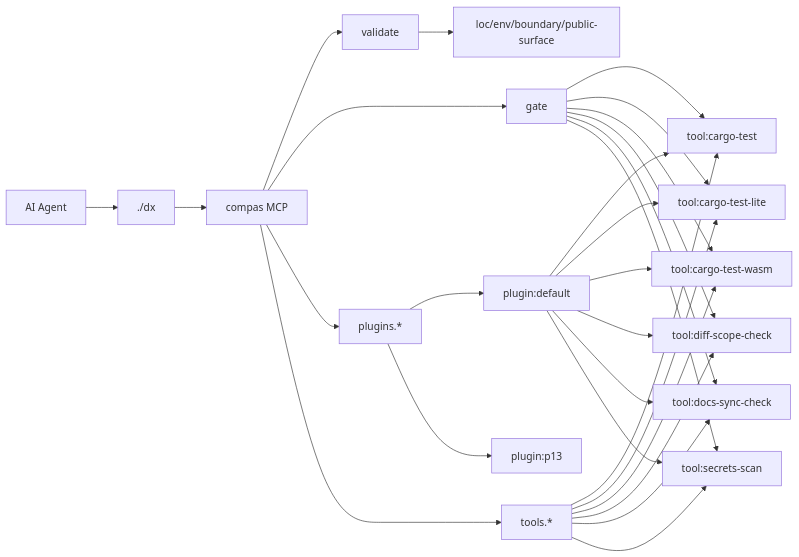
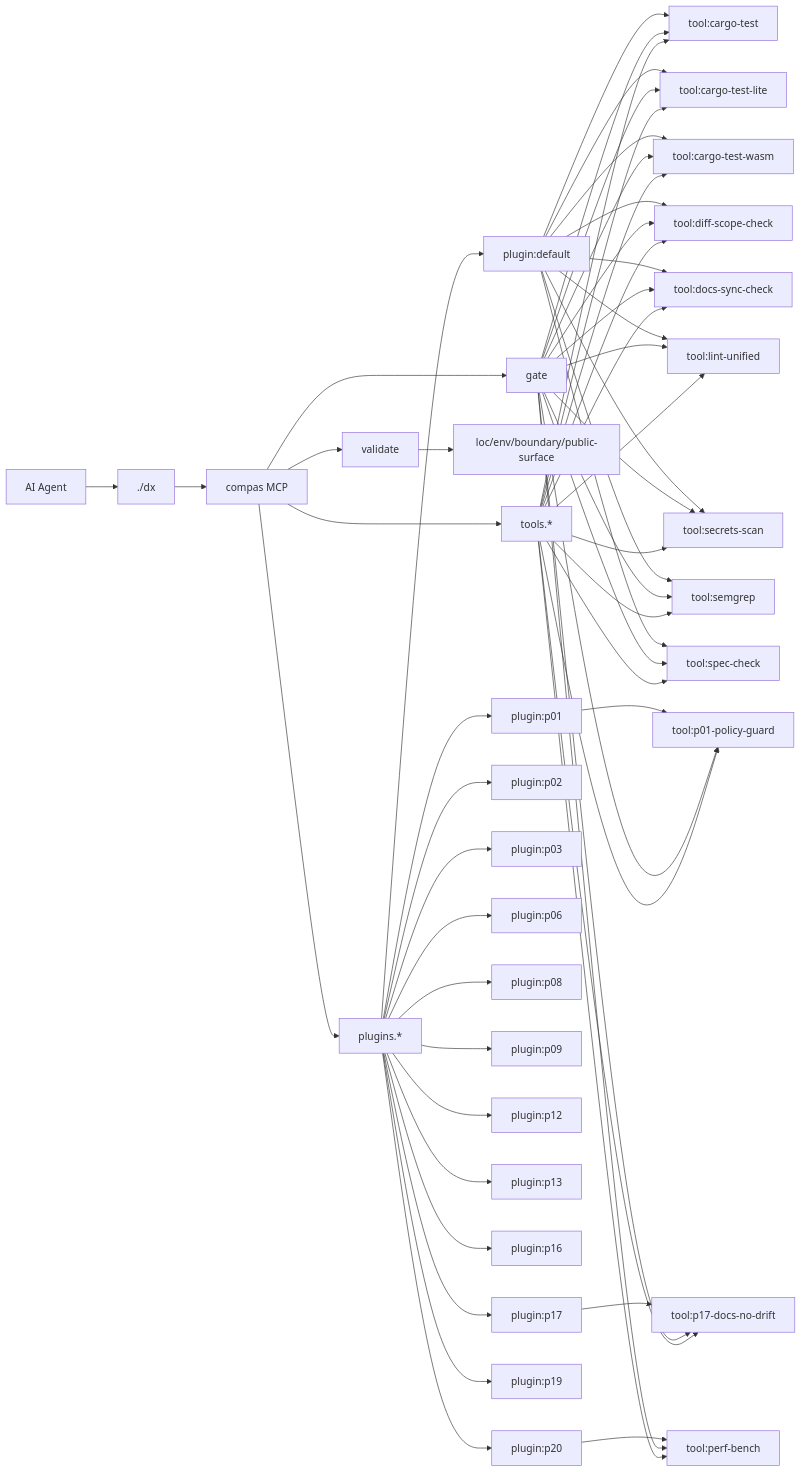
One commit to AmirTlinov/compas changed the diagram in AGENTS.md. Above: the diagram before and after it, drawn with Mermaid. The commit also changed other lines of this file and 1 other file, not shown here.

Commit message:
chore: rebase feat/p13-e2e-run_20260221_183716 on main and sync docs

````diff
--- a/AGENTS.md
+++ b/AGENTS.md
@@ -53,30 +70,59 @@
 ```mermaid
 flowchart LR
   Agent[AI Agent] --> DX[./dx]
   DX --> MCP[compas MCP]
   MCP --> V[validate]
   MCP --> G[gate]
   MCP --> PL[plugins.*]
   MCP --> TL[tools.*]
   V --> C1[loc/env/boundary/public-surface]
   PL --> P_default["plugin:default"]
   P_default --> T_cargo_test["tool:cargo-test"]
   G --> T_cargo_test
   P_default --> T_cargo_test_lite["tool:cargo-test-lite"]
   G --> T_cargo_test_lite
   P_default --> T_cargo_test_wasm["tool:cargo-test-wasm"]
   G --> T_cargo_test_wasm
   P_default --> T_diff_scope_check["tool:diff-scope-check"]
   G --> T_diff_scope_check
   P_default --> T_docs_sync_check["tool:docs-sync-check"]
   G --> T_docs_sync_check
+  P_default --> T_lint_unified["tool:lint-unified"]
+  G --> T_lint_unified
   P_default --> T_secrets_scan["tool:secrets-scan"]
   G --> T_secrets_scan
+  P_default --> T_semgrep["tool:semgrep"]
+  G --> T_semgrep
+  P_default --> T_spec_check["tool:spec-check"]
+  G --> T_spec_check
+  PL --> P_p01["plugin:p01"]
+  P_p01 --> T_p01_policy_guard["tool:p01-policy-guard"]
+  G --> T_p01_policy_guard
+  PL --> P_p02["plugin:p02"]
+  PL --> P_p03["plugin:p03"]
+  PL --> P_p06["plugin:p06"]
+  PL --> P_p08["plugin:p08"]
+  PL --> P_p09["plugin:p09"]
+  PL --> P_p12["plugin:p12"]
   PL --> P_p13["plugin:p13"]
+  PL --> P_p16["plugin:p16"]
+  PL --> P_p17["plugin:p17"]
+  P_p17 --> T_p17_docs_no_drift["tool:p17-docs-no-drift"]
+  G --> T_p17_docs_no_drift
+  PL --> P_p19["plugin:p19"]
+  PL --> P_p20["plugin:p20"]
+  P_p20 --> T_perf_bench["tool:perf-bench"]
+  G --> T_perf_bench
   TL --> T_cargo_test
   TL --> T_cargo_test_lite
   TL --> T_cargo_test_wasm
   TL --> T_diff_scope_check
   TL --> T_docs_sync_check
+  TL --> T_lint_unified
+  TL --> T_p01_policy_guard
+  TL --> T_p17_docs_no_drift
+  TL --> T_perf_bench
   TL --> T_secrets_scan
+  TL --> T_semgrep
+  TL --> T_spec_check
 ```
````
